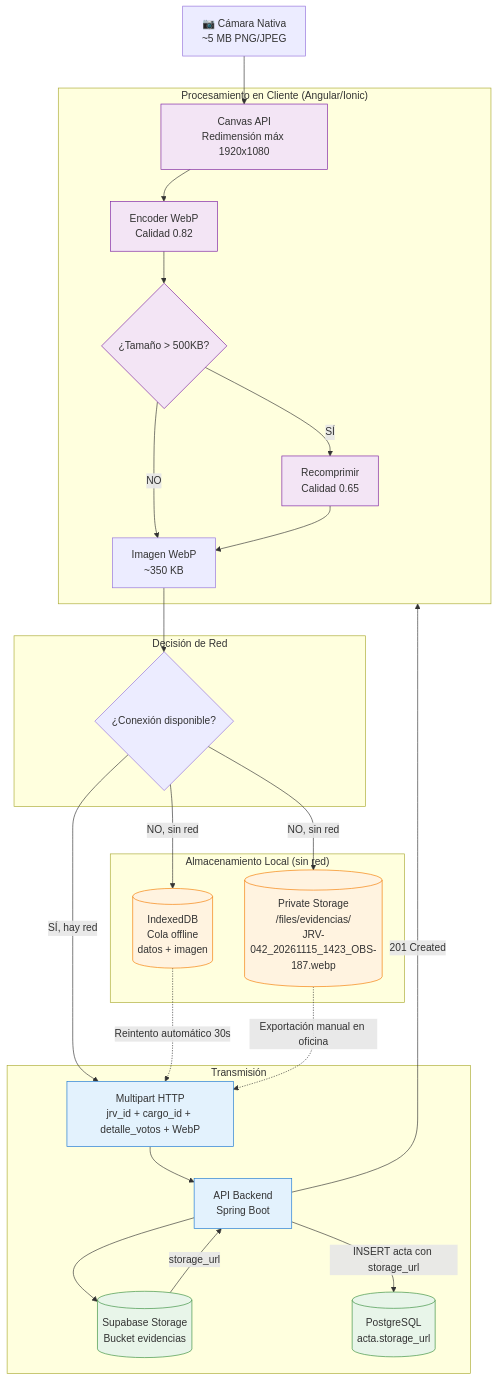
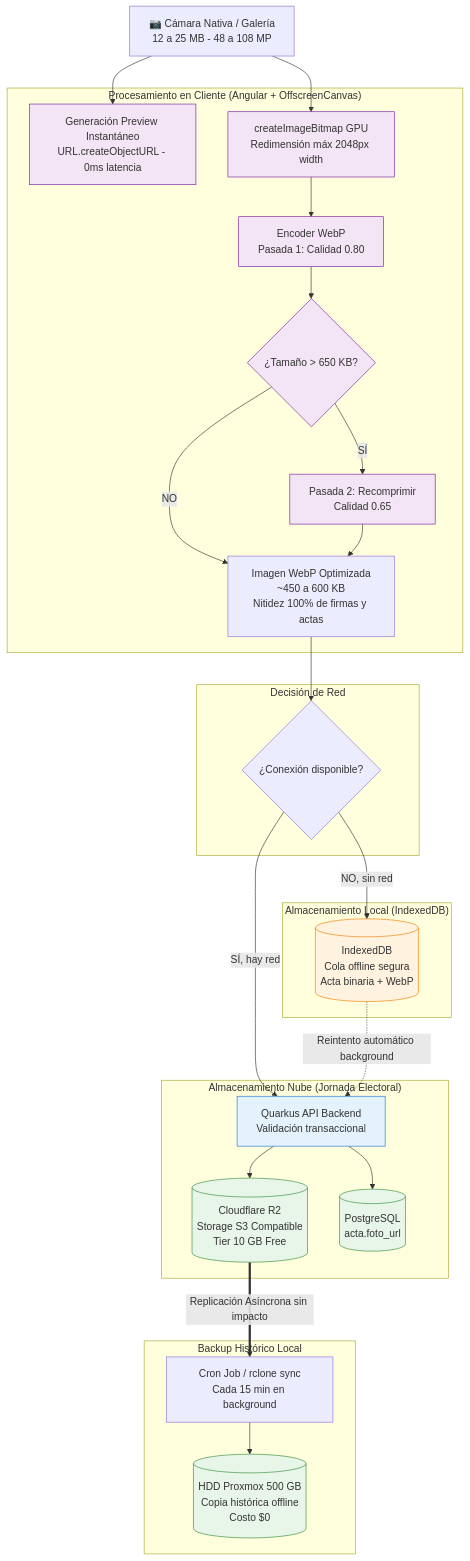
One commit to Brydyan/Control-s-Elector changed the diagram in documents/diagram/06-image-optimization.md. Above: the diagram before and after it, drawn with Mermaid. The commit also changed other lines of this file and 13 other files, not shown here.

````diff
--- a/documents/diagram/06-image-optimization.md
+++ b/documents/diagram/06-image-optimization.md
@@ -5,59 +5,60 @@
 ```mermaid
 flowchart TD
-    CAM[📷 Cámara Nativa\n~5 MB PNG/JPEG]
+    CAM[📷 Cámara Nativa / Galería\n12 a 25 MB - 48 a 108 MP]
 
-    subgraph CLIENT["Procesamiento en Cliente (Angular/Ionic)"]
-        CANVAS[Canvas API\nRedimensión máx 1920x1080]
-        WEBP[Encoder WebP\nCalidad 0.82]
-        CHECK_SIZE{¿Tamaño > 500KB?}
-        RECOMPRESS[Recomprimir\nCalidad 0.65]
-        RESULT[Imagen WebP\n~350 KB]
+    subgraph CLIENT["Procesamiento en Cliente (Angular + OffscreenCanvas)"]
+        PREVIEW[Generación Preview Instantáneo\nURL.createObjectURL - 0ms latencia]
+        CANVAS[createImageBitmap GPU\nRedimensión máx 2048px width]
+        WEBP[Encoder WebP\nPasada 1: Calidad 0.80]
+        CHECK_SIZE{¿Tamaño > 650 KB?}
+        RECOMPRESS[Pasada 2: Recomprimir\nCalidad 0.65]
+        RESULT[Imagen WebP Optimizada\n~450 a 600 KB\nNitidez 100% de firmas y actas]
     end
 
-    subgraph OFFLINE["Almacenamiento Local (sin red)"]
-        IDB[(IndexedDB\nCola offline\ndatos + imagen)]
-        FS[(Private Storage\n/files/evidencias/\nJRV-042_20261115_1423_OBS-187.webp)]
+    subgraph OFFLINE["Almacenamiento Local (IndexedDB)"]
+        IDB[(IndexedDB\nCola offline segura\nActa binaria + WebP)]
     end
 
     subgraph NETWORK["Decisión de Red"]
         CHECK_NET{¿Conexión disponible?}
     end
 
-    subgraph UPLOAD["Transmisión"]
-        PAYLOAD[Multipart HTTP\njrv_id + cargo_id + detalle_votos + WebP]
-        API[API Backend\nSpring Boot]
-        STORAGE[(Supabase Storage\nBucket evidencias)]
-        ACTA[(PostgreSQL\nacta.storage_url)]
+    subgraph CLOUD["Almacenamiento Nube (Jornada Electoral)"]
+        API[Quarkus API Backend\nValidación transaccional]
+        R2[(Cloudflare R2\nStorage S3 Compatible\nTier 10 GB Free)]
+        ACTA[(PostgreSQL\nacta.foto_url)]
     end
 
+    subgraph LOCAL_VM["Backup Histórico Local"]
+        RCLONE[Cron Job / rclone sync\nCada 15 min en background]
+        HDD[(HDD Proxmox 500 GB\nCopia histórica offline\nCosto $0)]
+    end
+
+    CAM --> PREVIEW
     CAM --> CANVAS
     CANVAS --> WEBP
     WEBP --> CHECK_SIZE
     CHECK_SIZE -->|SÍ| RECOMPRESS
     CHECK_SIZE -->|NO| RESULT
     RECOMPRESS --> RESULT
 
     RESULT --> CHECK_NET
-    CHECK_NET -->|SÍ, hay red| PAYLOAD
+    CHECK_NET -->|SÍ, hay red| API
     CHECK_NET -->|NO, sin red| IDB
-    CHECK_NET -->|NO, sin red| FS
+    IDB -.->|Reintento automático background| API
 
-    IDB -.->|Reintento automático 30s| PAYLOAD
-    FS -.->|Exportación manual en oficina| PAYLOAD
-
-    PAYLOAD --> API
-    API --> STORAGE
-    STORAGE -->|storage_url| API
-    API -->|INSERT acta con storage_url| ACTA
-    API -->|201 Created| CLIENT
+    API --> R2
+    API --> ACTA
+    R2 ==>|Replicación Asíncrona sin impacto| RCLONE
+    RCLONE --> HDD
 
     classDef offline fill:#fff3e0,stroke:#f57c00
     classDef storage fill:#e8f5e9,stroke:#388e3c
     classDef net fill:#e3f2fd,stroke:#1976d2
     classDef process fill:#f3e5f5,stroke:#7b1fa2
 
-    class IDB,FS offline
-    class STORAGE,ACTA storage
-    class PAYLOAD,API net
-    class CANVAS,WEBP,RECOMPRESS,CHECK_SIZE process
+    class IDB offline
+    class R2,ACTA,HDD storage
+    class API net
+    class CANVAS,WEBP,RECOMPRESS,CHECK_SIZE,PREVIEW process
 ```
````
